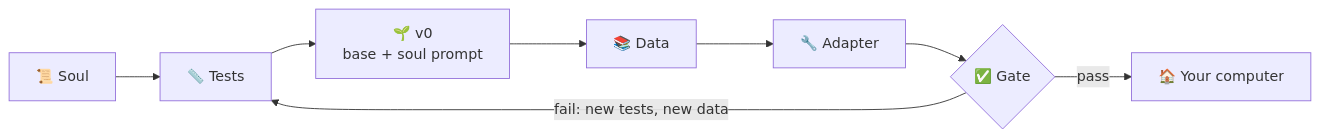
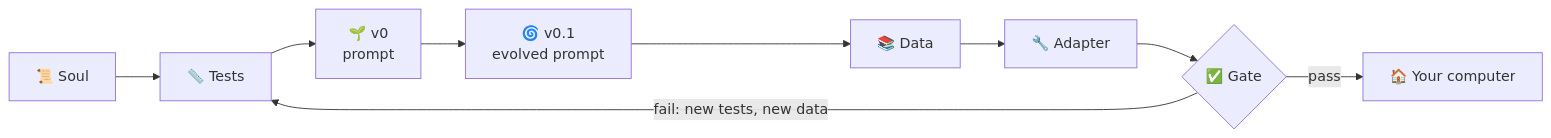
Before and after one commit to SoulCraft-Org/sage: the diagram in docs/PLAN.md, drawn with Mermaid. The commit also changed other lines of this file and 2 other files, not shown here.

````diff
--- a/docs/PLAN.md
+++ b/docs/PLAN.md
@@ -35,6 +35,6 @@
 ```mermaid
 flowchart LR
-  S["📜 Soul"] --> T["📏 Tests"] --> V["🌱 v0<br/>base + soul prompt"] --> D["📚 Data"] --> F["🔧 Adapter"] --> G{"✅ Gate"}
+  S["📜 Soul"] --> T["📏 Tests"] --> V["🌱 v0<br/>prompt"] --> E["🌀 v0.1<br/>evolved prompt"] --> D["📚 Data"] --> F["🔧 Adapter"] --> G{"✅ Gate"}
   G -- pass --> H["🏠 Your computer"]
   G -- "fail: new tests, new data" --> T
 ```
````
